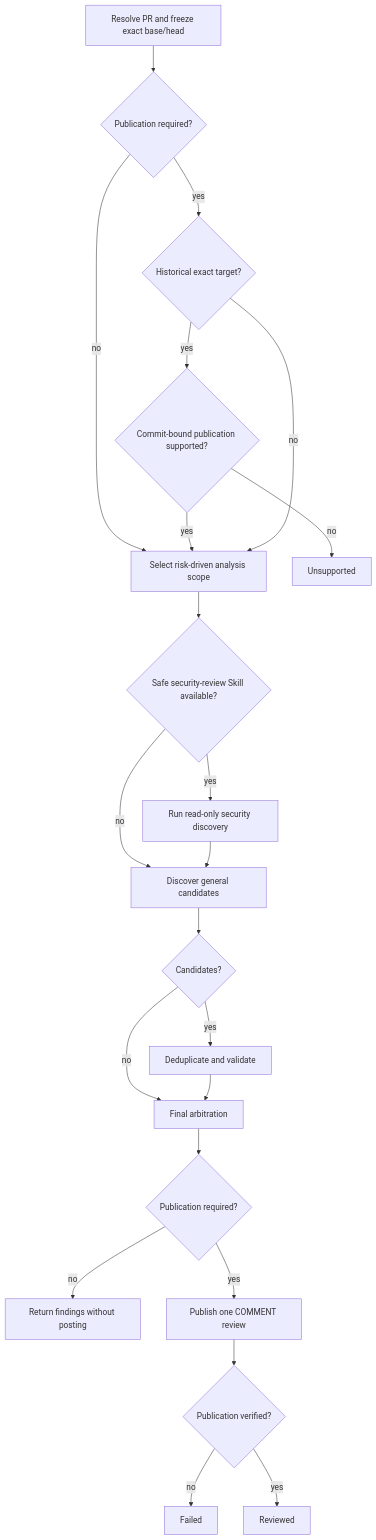
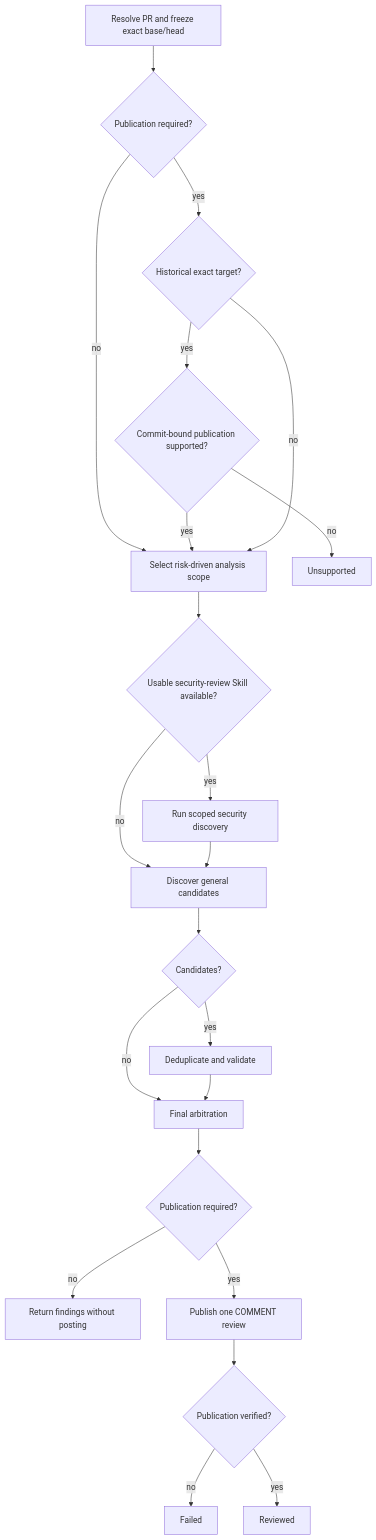
Before and after one commit to dceoy/pr-loop: the diagram in skills/pr-review/SKILL.md, drawn with Mermaid. The commit also changed other lines of this file and 3 other files, not shown here.

Commit message:
docs: align optional security review workflow and drop obsolete Python tests

````diff
--- a/skills/pr-review/SKILL.md
+++ b/skills/pr-review/SKILL.md
@@ -82,24 +85,24 @@
 ```mermaid
 flowchart TD
   A[Resolve PR and freeze exact base/head] --> B{Publication required?}
   B -->|no| D[Select risk-driven analysis scope]
   B -->|yes| C{Historical exact target?}
   C -->|yes| P{Commit-bound publication supported?}
   P -->|no| U[Unsupported]
   P -->|yes| D
   C -->|no| D
-  D --> S{Safe security-review Skill available?}
-  S -->|yes| T[Run read-only security discovery]
+  D --> S{Usable security-review Skill available?}
+  S -->|yes| T[Run scoped security discovery]
   S -->|no| E[Discover general candidates]
   T --> E
   E --> F{Candidates?}
   F -->|yes| G[Deduplicate and validate]
   F -->|no| H[Clean arbitration]
   G --> H[Final arbitration]
   H --> I{Publication required?}
   I -->|no| R[Return findings without posting]
   I -->|yes| J[Publish one COMMENT review]
   J --> K{Publication verified?}
   K -->|no| X[Failed]
   K -->|yes| Z[Reviewed]
 ```
````
